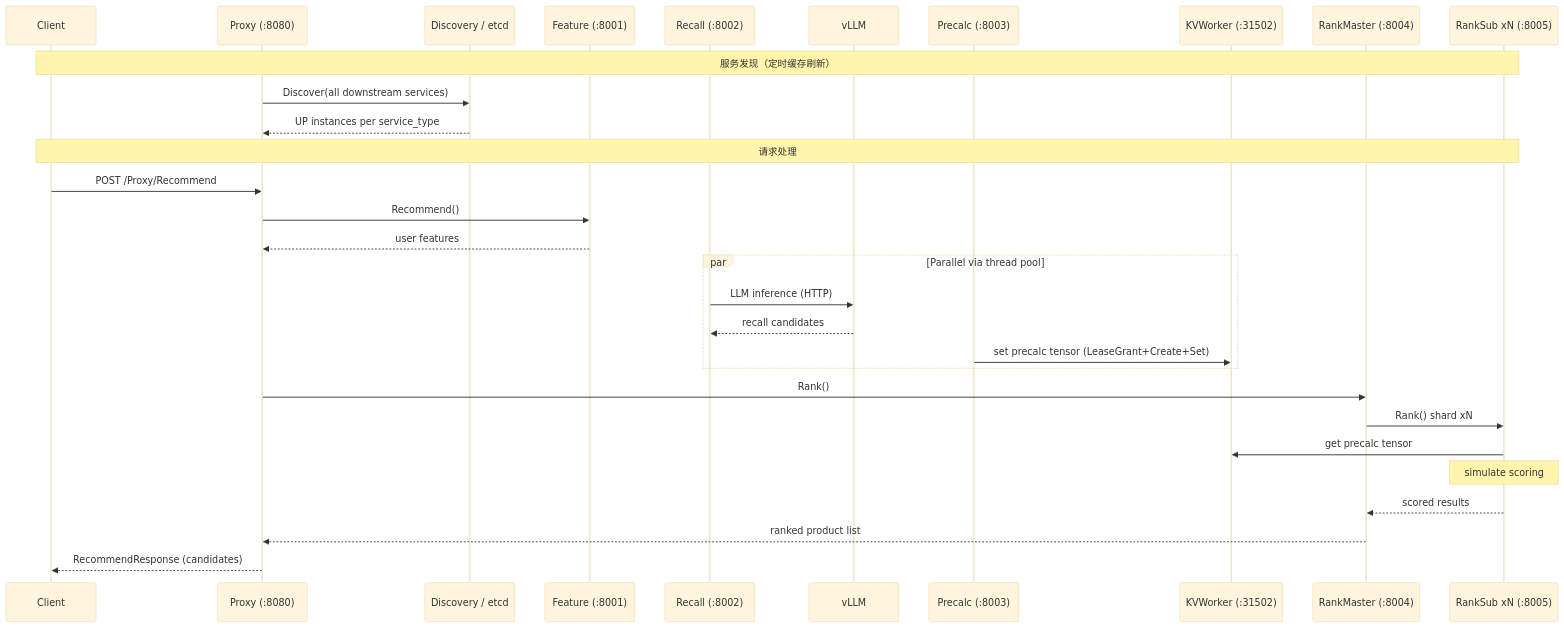
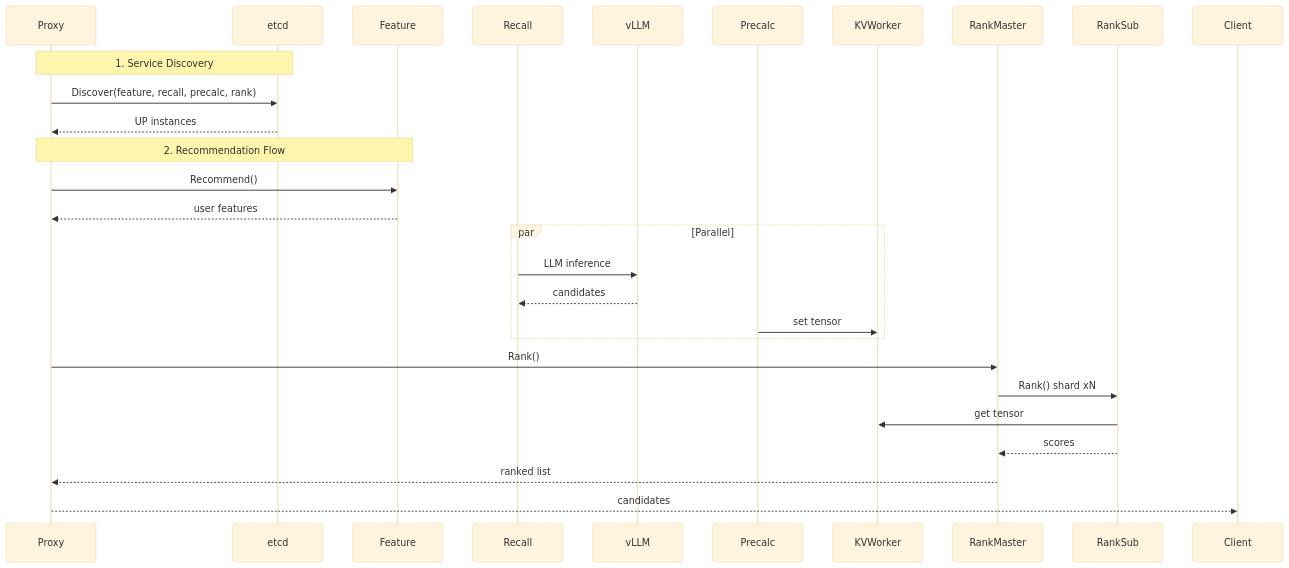
The diagram in README.md (openeuler-mirror/LinQuickRec), drawn with Mermaid (base theme) before and after one commit. The commit also changed other lines of this file and 1 other file, not shown here.

Commit message:
docs: default to etcd in README, simplify architecture diagram
- Change service discovery description to default to etcd
- Clean up system architecture section: remove broken PlantUML PNG,
  condense Mermaid diagram to fit GitCode rendering better

AI-assisted: opencode

````diff
--- a/README.md
+++ b/README.md
@@ -53,37 +53,29 @@
 ```mermaid
 sequenceDiagram
-    participant Client
-    participant Proxy as Proxy (:8080)
-    participant Disc as Discovery / etcd
-    participant Feature as Feature (:8001)
-    participant Recall as Recall (:8002)
+    participant Proxy as Proxy
+    participant etcd
+    participant Feature as Feature
+    participant Recall as Recall
     participant vLLM
-    participant Precalc as Precalc (:8003)
-    participant KV as KVWorker (:31502)
-    participant RMaster as RankMaster (:8004)
-    participant RSub as RankSub xN (:8005)
-
-    Note over Client,RSub: 服务发现（定时缓存刷新）
-    Proxy->>Disc: Discover(all downstream services)
-    Disc-->>Proxy: UP instances per service_type
-
-    Note over Client,RSub: 请求处理
-    Client->>Proxy: POST /Proxy/Recommend
+    participant Precalc as Precalc
+    participant KV as KVWorker
+    participant RM as RankMaster
+    participant RS as RankSub
+    Note over Proxy,etcd: 1. Service Discovery
+    Proxy->>etcd: Discover(feature, recall, precalc, rank)
+    etcd-->>Proxy: UP instances
+    Note over Proxy,Feature: 2. Recommendation Flow
     Proxy->>Feature: Recommend()
     Feature-->>Proxy: user features
-
-    par Parallel via thread pool
-        Recall->>vLLM: LLM inference (HTTP)
-        vLLM-->>Recall: recall candidates
-        Precalc->>KV: set precalc tensor (LeaseGrant+Create+Set)
+    par Parallel
+        Recall->>vLLM: LLM inference
+        vLLM-->>Recall: candidates
+        Precalc->>KV: set tensor
     end
-
-    Proxy->>RMaster: Rank()
-    RMaster->>RSub: Rank() shard xN
-    RSub->>KV: get precalc tensor
-    Note over RSub: simulate scoring
-    RSub-->>RMaster: scored results
-    RMaster-->>Proxy: ranked product list
-
-    Proxy-->>Client: RecommendResponse (candidates)
+    Proxy->>RM: Rank()
+    RM->>RS: Rank() shard xN
+    RS->>KV: get tensor
+    RS-->>RM: scores
+    RM-->>Proxy: ranked list
+    Proxy-->>Client: candidates
 ```
````
